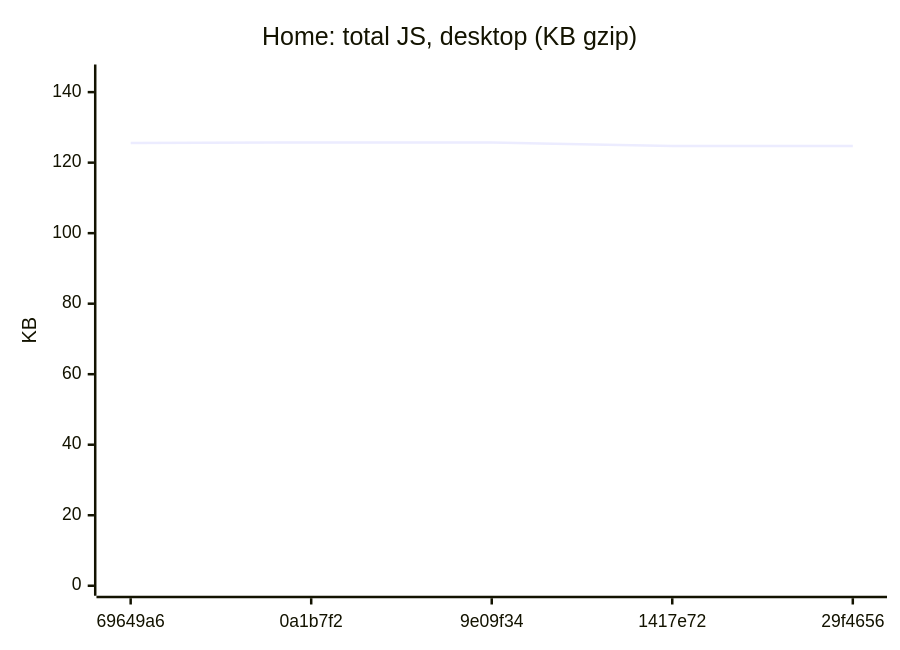
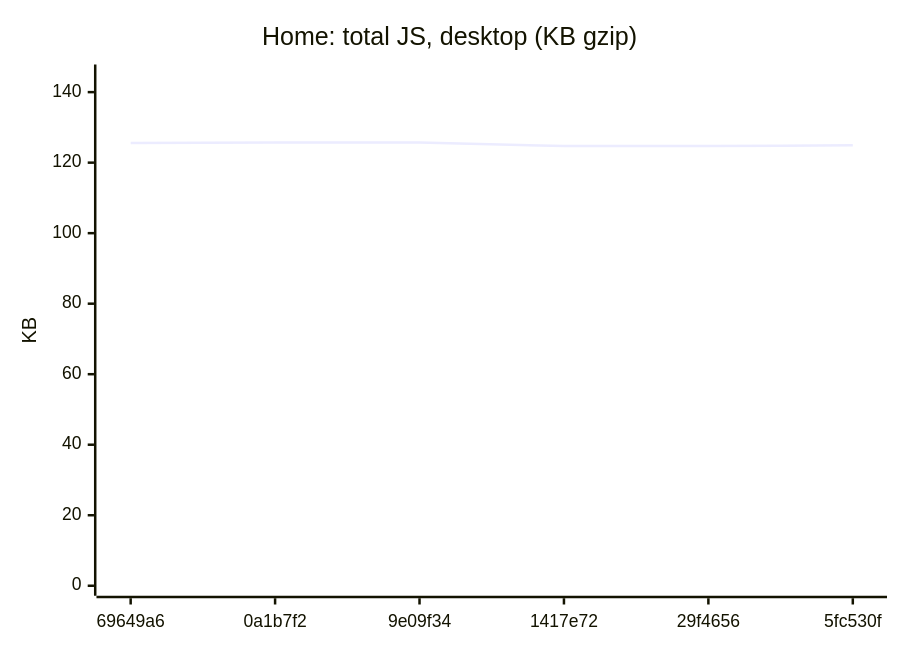
One commit to AxelUser/maltsev.space changed the first of 18 diagrams in README.md. Above: the diagram before and after it, drawn with Mermaid. The commit also changed other lines of this file and 1 other file, not shown here.

````diff
--- a/README.md
+++ b/README.md
@@ -35,7 +35,7 @@
 ```mermaid
 xychart-beta
   title "Home: total JS, desktop (KB gzip)"
-  x-axis ["69649a6", "0a1b7f2", "9e09f34", "1417e72", "29f4656"]
+  x-axis ["69649a6", "0a1b7f2", "9e09f34", "1417e72", "29f4656", "5fc530f"]
   y-axis "KB" 0 --> 145
-  line [125.6, 125.7, 125.7, 124.7, 124.7]
+  line [125.6, 125.7, 125.7, 124.7, 124.7, 124.9]
 ```
````
